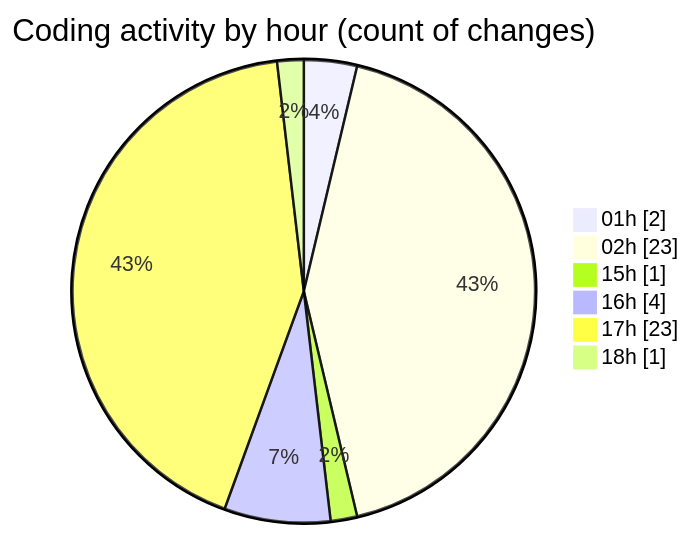
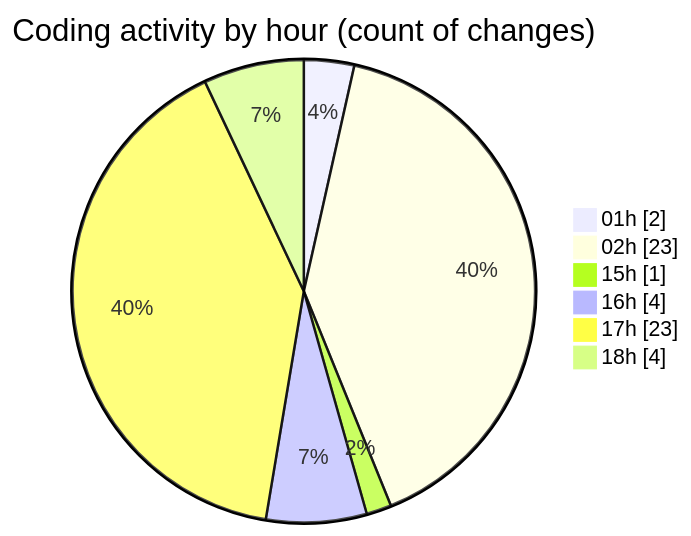
Before and after one commit to mevix1/code-tracking: the second of 2 diagrams in 2025-10-01/open-health/README.md, drawn with Mermaid. The commit also changed other lines of this file and 1 other file, not shown here.

````diff
--- a/2025-10-01/open-health/README.md
+++ b/2025-10-01/open-health/README.md
@@ -61,10 +64,10 @@
 ```mermaid
 pie showData
 title Coding activity by hour (count of changes)
 "01h" : 2
 "02h" : 23
 "15h" : 1
 "16h" : 4
 "17h" : 23
-"18h" : 1
+"18h" : 4
 ```
````
